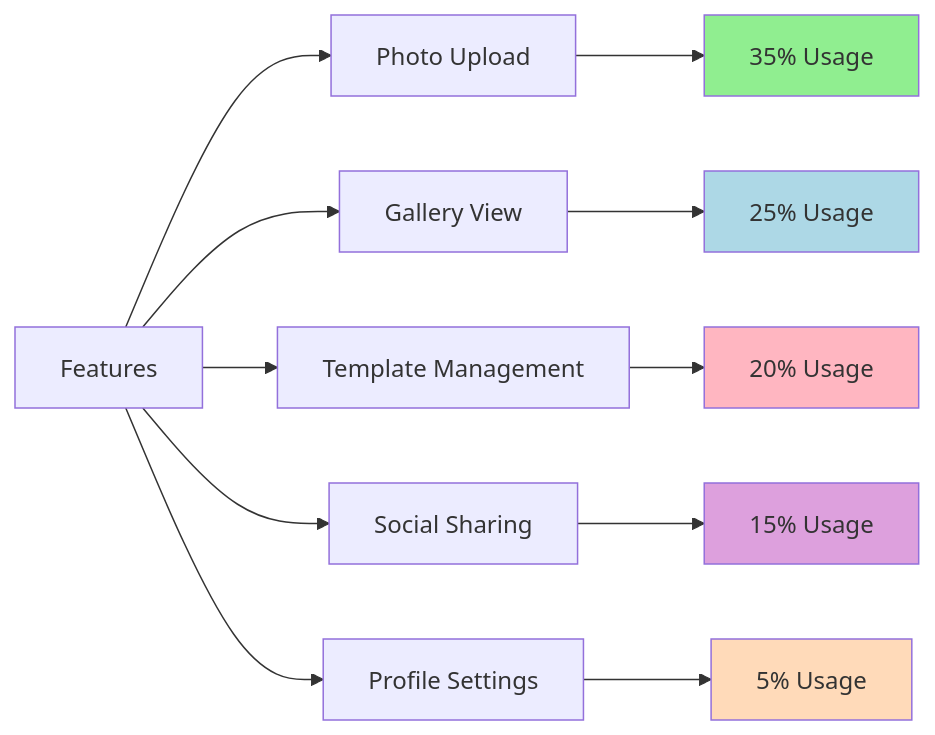
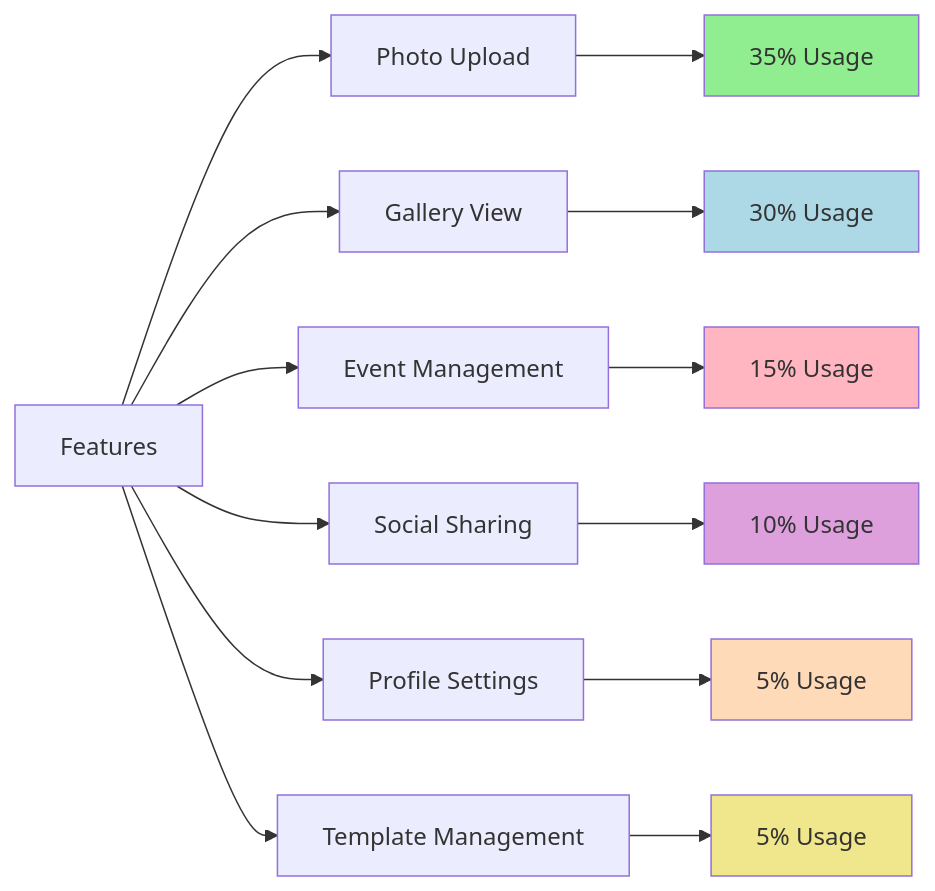
The fourth of 4 diagrams in docs/user-flows/user_flow_overview.md (mrj0nesmtl/cloud-burst), drawn with Mermaid before and after one commit. The commit also changed other lines of this file and 65 other files, not shown here.

````diff
--- a/docs/user-flows/user_flow_overview.md
+++ b/docs/user-flows/user_flow_overview.md
@@ -92,20 +139,23 @@
 ```mermaid
 graph LR
     A[Features] --> B[Photo Upload]
     A --> C[Gallery View]
-    A --> D[Template Management]
+    A --> D[Event Management]
     A --> E[Social Sharing]
     A --> F[Profile Settings]
+    A --> G[Template Management]
     
-    B --> G[35% Usage]
-    C --> H[25% Usage]
-    D --> I[20% Usage]
-    E --> J[15% Usage]
-    F --> K[5% Usage]
+    B --> H[35% Usage]
+    C --> I[30% Usage]
+    D --> J[15% Usage]
+    E --> K[10% Usage]
+    F --> L[5% Usage]
+    G --> M[5% Usage]
 
-    style G fill:#90EE90
-    style H fill:#ADD8E6
-    style I fill:#FFB6C1
-    style J fill:#DDA0DD
-    style K fill:#FFDAB9
+    style H fill:#90EE90
+    style I fill:#ADD8E6
+    style J fill:#FFB6C1
+    style K fill:#DDA0DD
+    style L fill:#FFDAB9
+    style M fill:#F0E68C
 ```
````
